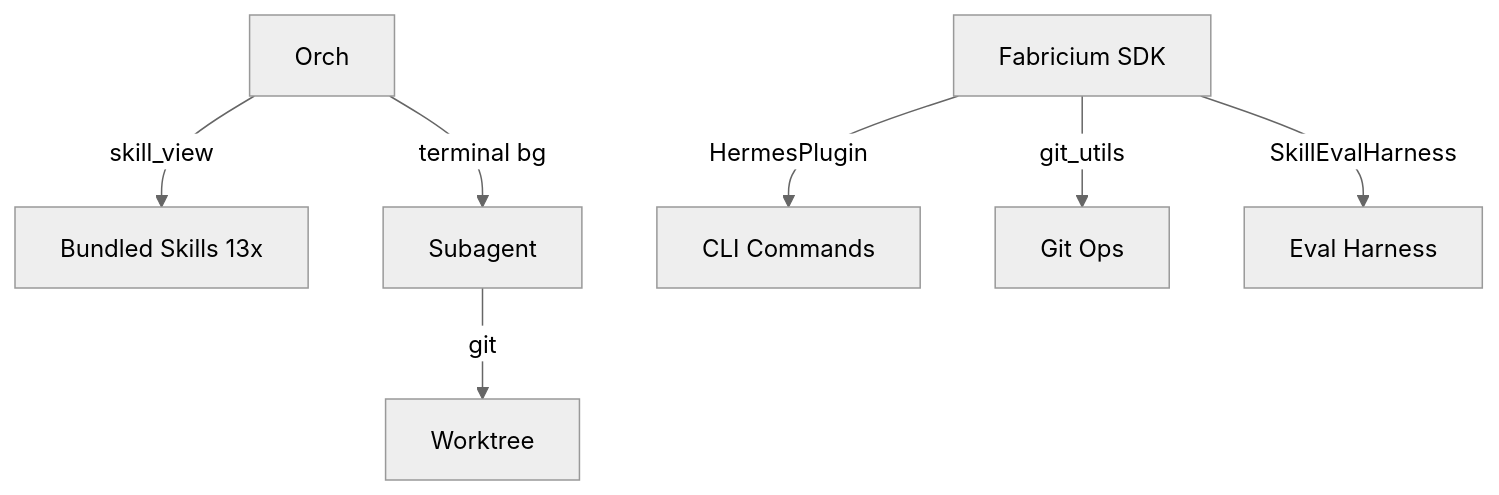
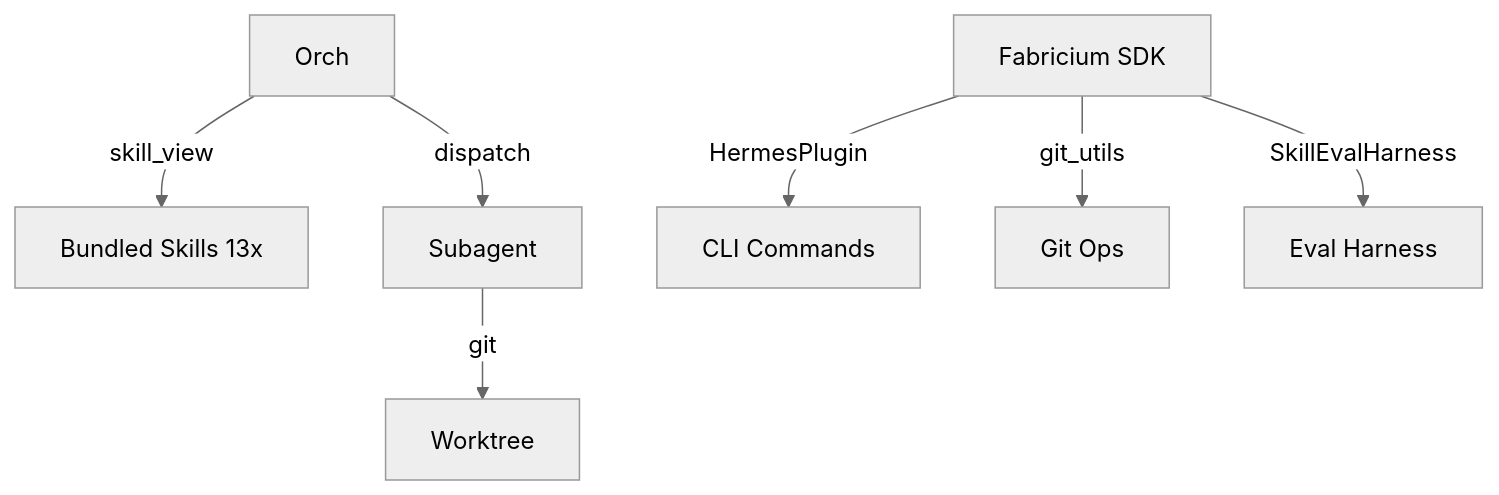
One commit to Uniterra-Solutions/jovaltus changed the second of 2 diagrams in docs/architecture.md. Above: the diagram before and after it, drawn with Mermaid (neutral theme). The commit also changed other lines of this file and 1 other file, not shown here.

First line of the commit message:
docs: describe intent-based subagent dispatch in README and architecture

````diff
--- a/docs/architecture.md
+++ b/docs/architecture.md
@@ -32,9 +32,9 @@
 ```mermaid
 graph TD
     Orch -->|skill_view| Skills[Bundled Skills 13x]
-    Orch -->|terminal bg| Sub[Subagent]
+    Orch -->|dispatch| Sub[Subagent]
     Sub -->|git| WT[Worktree]
     Fabricium[Fabricium SDK] -->|HermesPlugin| CLI[CLI Commands]
     Fabricium -->|git_utils| Git[Git Ops]
     Fabricium -->|SkillEvalHarness| Eval[Eval Harness]
 ```
````
